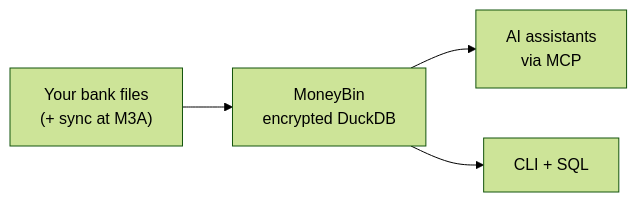
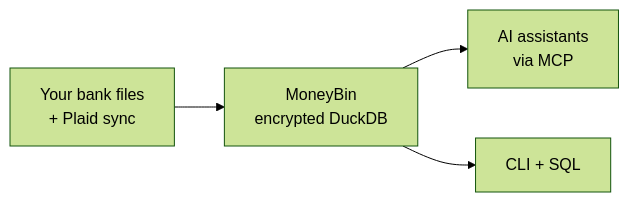
One commit to bsaffel/moneybin changed the diagram in README.md. Above: the diagram before and after it, drawn with Mermaid (forest theme). The commit also changed other lines of this file and 33 other files, not shown here.

````diff
--- a/README.md
+++ b/README.md
@@ -33,6 +35,6 @@
 ```mermaid
 graph LR
-    A["Your bank files<br/>(+ sync at M3A)"] --> B["MoneyBin<br/>encrypted DuckDB"]
+    A["Your bank files<br/>+ Plaid sync"] --> B["MoneyBin<br/>encrypted DuckDB"]
     B --> C["AI assistants<br/>via MCP"]
     B --> D["CLI + SQL"]
 ```
````
